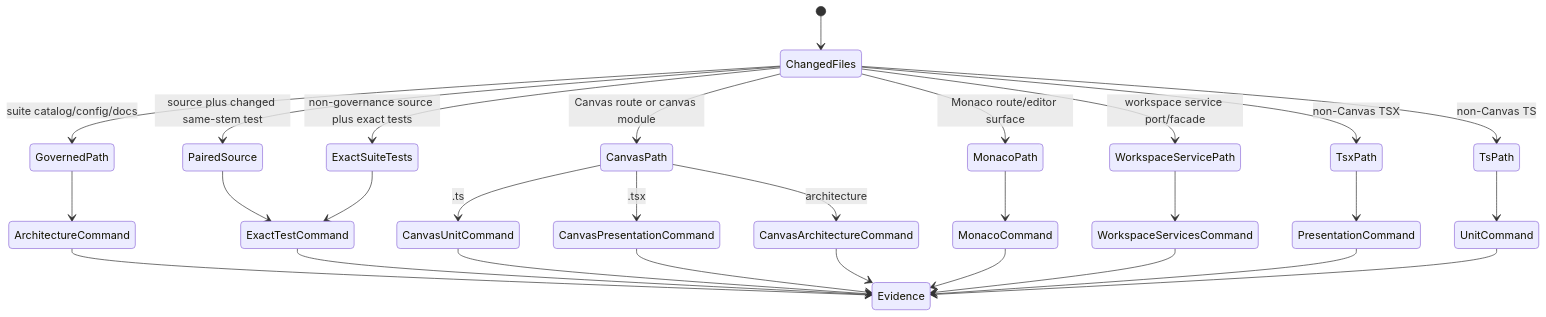
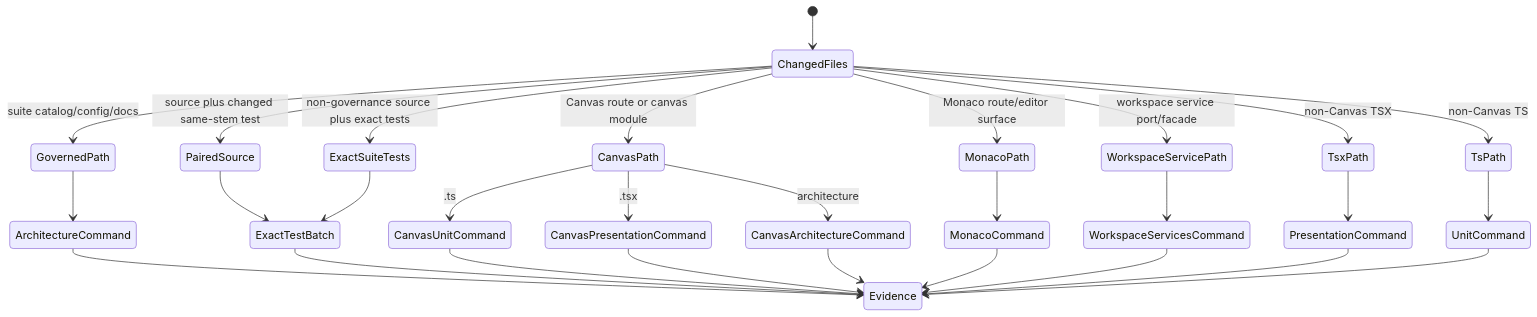
The first of 2 diagrams in docs/architecture/components/web/web-vitest-changed-suite-router-component.md (dunay2/dvt), drawn with Mermaid before and after one commit. The commit also changed other lines of this file and 4 other files, not shown here.

Commit message:
perf(web): Batch changed Vitest exact file runs

````diff
--- a/docs/architecture/components/web/web-vitest-changed-suite-router-component.md
+++ b/docs/architecture/components/web/web-vitest-changed-suite-router-component.md
@@ -73,31 +76,31 @@
 ```mermaid
 stateDiagram-v2
   [*] --> ChangedFiles
   ChangedFiles --> GovernedPath: suite catalog/config/docs
   ChangedFiles --> PairedSource: source plus changed same-stem test
   ChangedFiles --> ExactSuiteTests: non-governance source plus exact tests
   ChangedFiles --> CanvasPath: Canvas route or canvas module
   ChangedFiles --> MonacoPath: Monaco route/editor surface
   ChangedFiles --> WorkspaceServicePath: workspace service port/facade
   ChangedFiles --> TsxPath: non-Canvas TSX
   ChangedFiles --> TsPath: non-Canvas TS
   GovernedPath --> ArchitectureCommand
-  PairedSource --> ExactTestCommand
-  ExactSuiteTests --> ExactTestCommand
+  PairedSource --> ExactTestBatch
+  ExactSuiteTests --> ExactTestBatch
   CanvasPath --> CanvasUnitCommand: .ts
   CanvasPath --> CanvasPresentationCommand: .tsx
   CanvasPath --> CanvasArchitectureCommand: architecture
   MonacoPath --> MonacoCommand
   WorkspaceServicePath --> WorkspaceServicesCommand
   TsxPath --> PresentationCommand
   TsPath --> UnitCommand
   ArchitectureCommand --> Evidence
-  ExactTestCommand --> Evidence
+  ExactTestBatch --> Evidence
   CanvasUnitCommand --> Evidence
   CanvasPresentationCommand --> Evidence
   CanvasArchitectureCommand --> Evidence
   MonacoCommand --> Evidence
   WorkspaceServicesCommand --> Evidence
   PresentationCommand --> Evidence
   UnitCommand --> Evidence
 ```
````
